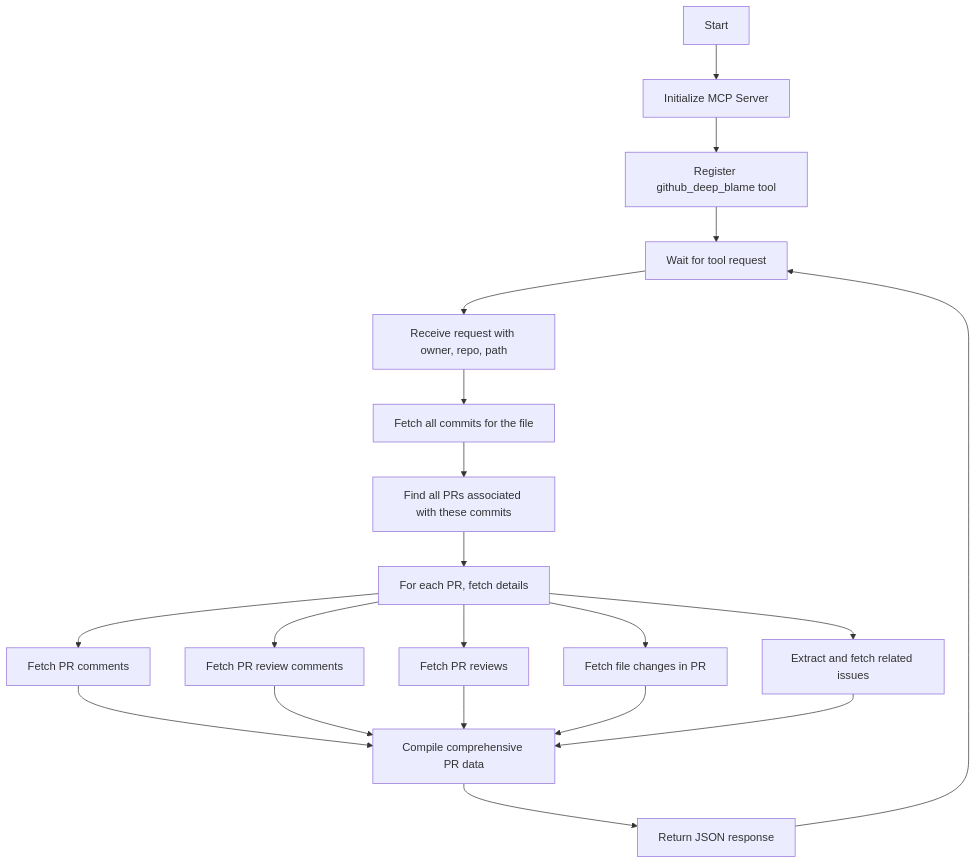
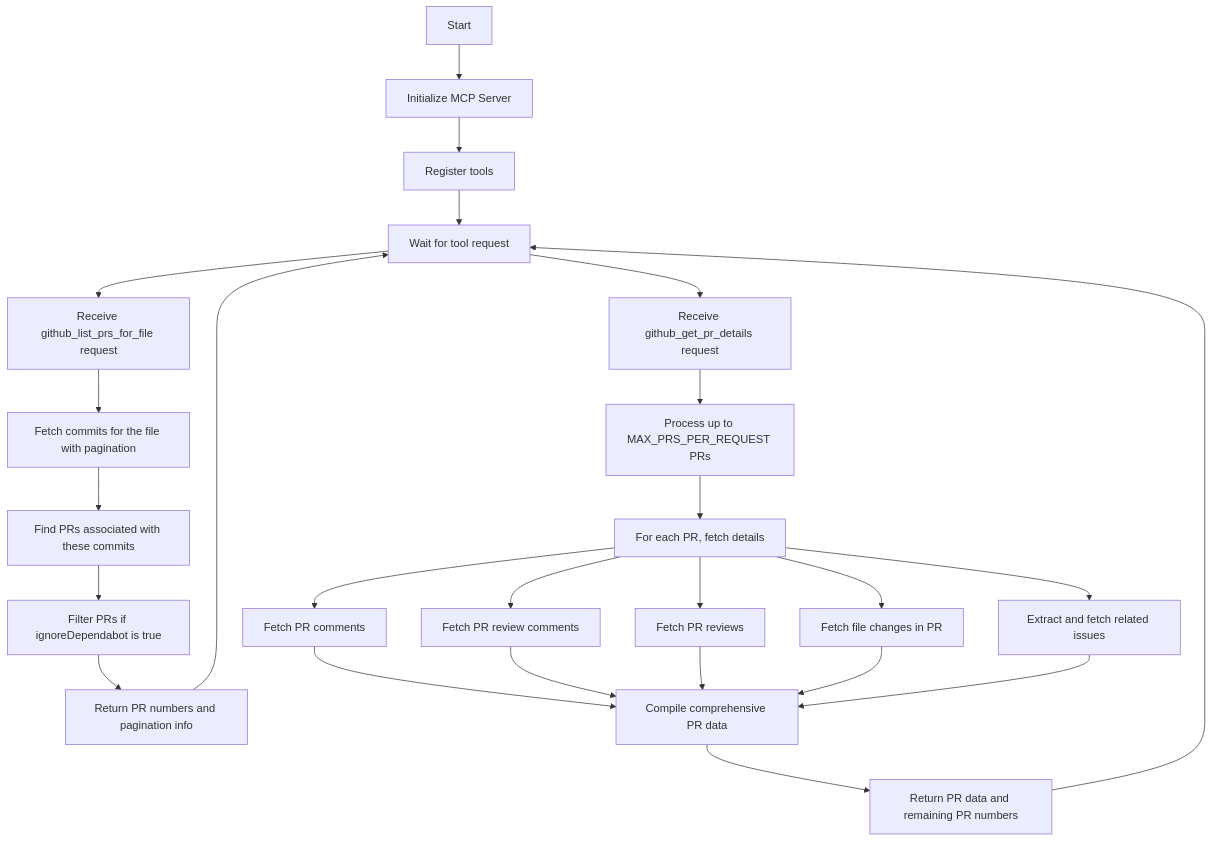
One commit to gtnao/github_deep_blame_mcp changed the diagram in README.md. Above: the diagram before and after it, drawn with Mermaid. The commit also changed other lines of this file and 1 other file, not shown here.

Commit message:
Add pagination.

````diff
--- a/README.md
+++ b/README.md
@@ -86,18 +145,27 @@
 ```mermaid
 flowchart TD
     A[Start] --> B[Initialize MCP Server]
-    B --> C[Register github_deep_blame tool]
+    B --> C[Register tools]
     C --> D[Wait for tool request]
-    D --> E[Receive request with owner, repo, path]
-    E --> F[Fetch all commits for the file]
-    F --> G[Find all PRs associated with these commits]
-    G --> H[For each PR, fetch details]
-    H --> I[Fetch PR comments]
-    H --> J[Fetch PR review comments]
-    H --> K[Fetch PR reviews]
-    H --> L[Fetch file changes in PR]
-    H --> O[Extract and fetch related issues]
-    I & J & K & L & O --> M[Compile comprehensive PR data]
-    M --> N[Return JSON response]
-    N --> D
+    
+    %% github_list_prs_for_file flow
+    D --> E1[Receive github_list_prs_for_file request]
+    E1 --> F1[Fetch commits for the file with pagination]
+    F1 --> G1[Find PRs associated with these commits]
+    G1 --> H1[Filter PRs if ignoreDependabot is true]
+    H1 --> I1[Return PR numbers and pagination info]
+    I1 --> D
+    
+    %% github_get_pr_details flow
+    D --> E2[Receive github_get_pr_details request]
+    E2 --> F2[Process up to MAX_PRS_PER_REQUEST PRs]
+    F2 --> G2[For each PR, fetch details]
+    G2 --> H2[Fetch PR comments]
+    G2 --> I2[Fetch PR review comments]
+    G2 --> J2[Fetch PR reviews]
+    G2 --> K2[Fetch file changes in PR]
+    G2 --> L2[Extract and fetch related issues]
+    H2 & I2 & J2 & K2 & L2 --> M2[Compile comprehensive PR data]
+    M2 --> N2[Return PR data and remaining PR numbers]
+    N2 --> D
 ```
````
